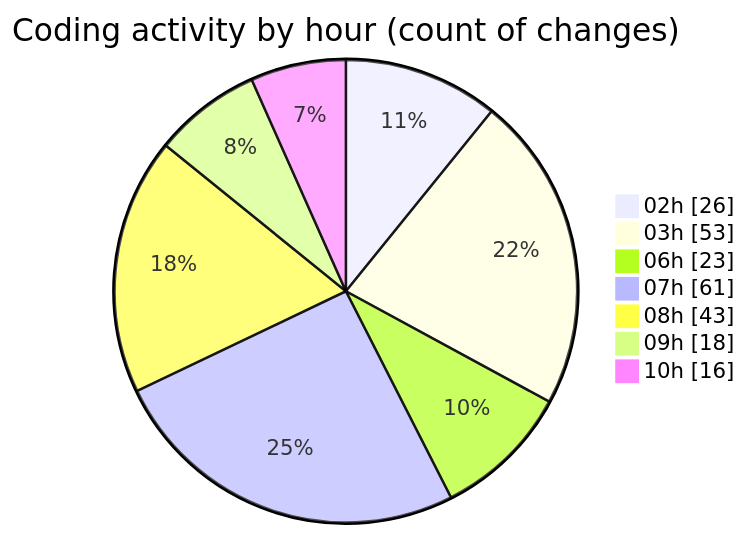
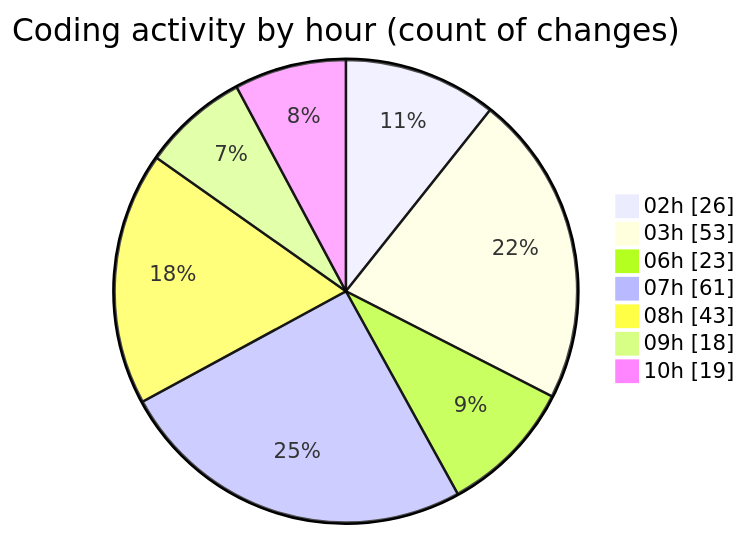
The second of 2 diagrams in 2025-02-22/micros/README.md (charlie-sans/code-tracking), drawn with Mermaid before and after one commit. The commit also changed other lines of this file and 1 other file, not shown here.

````diff
--- a/2025-02-22/micros/README.md
+++ b/2025-02-22/micros/README.md
@@ -78,11 +78,11 @@
 ```mermaid
 pie showData
 title Coding activity by hour (count of changes)
 "02h" : 26
 "03h" : 53
 "06h" : 23
 "07h" : 61
 "08h" : 43
 "09h" : 18
-"10h" : 16
+"10h" : 19
 ```
````
